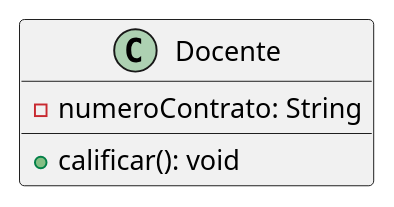
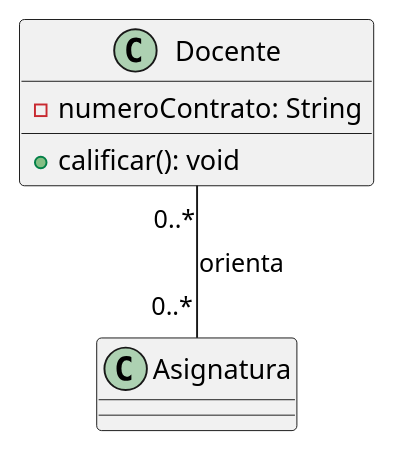
One commit to PaoloTrujillo-7502610016/POO-U4-protocolo-colaborativo-7502610016-7502610019 changed the diagram in src/ejemplo_completo_2/codigo_UML/Docente.puml. Above: the diagram before and after it, drawn with PlantUML. The commit also changed 4 other files, not shown here.

Commit message:
Insercion diagrama general

```diff
--- a/src/ejemplo_completo_2/codigo_UML/Docente.puml
+++ b/src/ejemplo_completo_2/codigo_UML/Docente.puml
@@ -1,8 +1,11 @@
 @startuml
     class Docente{
         -numeroContrato: String
 
         +calificar(): void
         
     }
+
+    Docente "0..*"--"0..*" Asignatura :orienta
+
 @enduml
```
